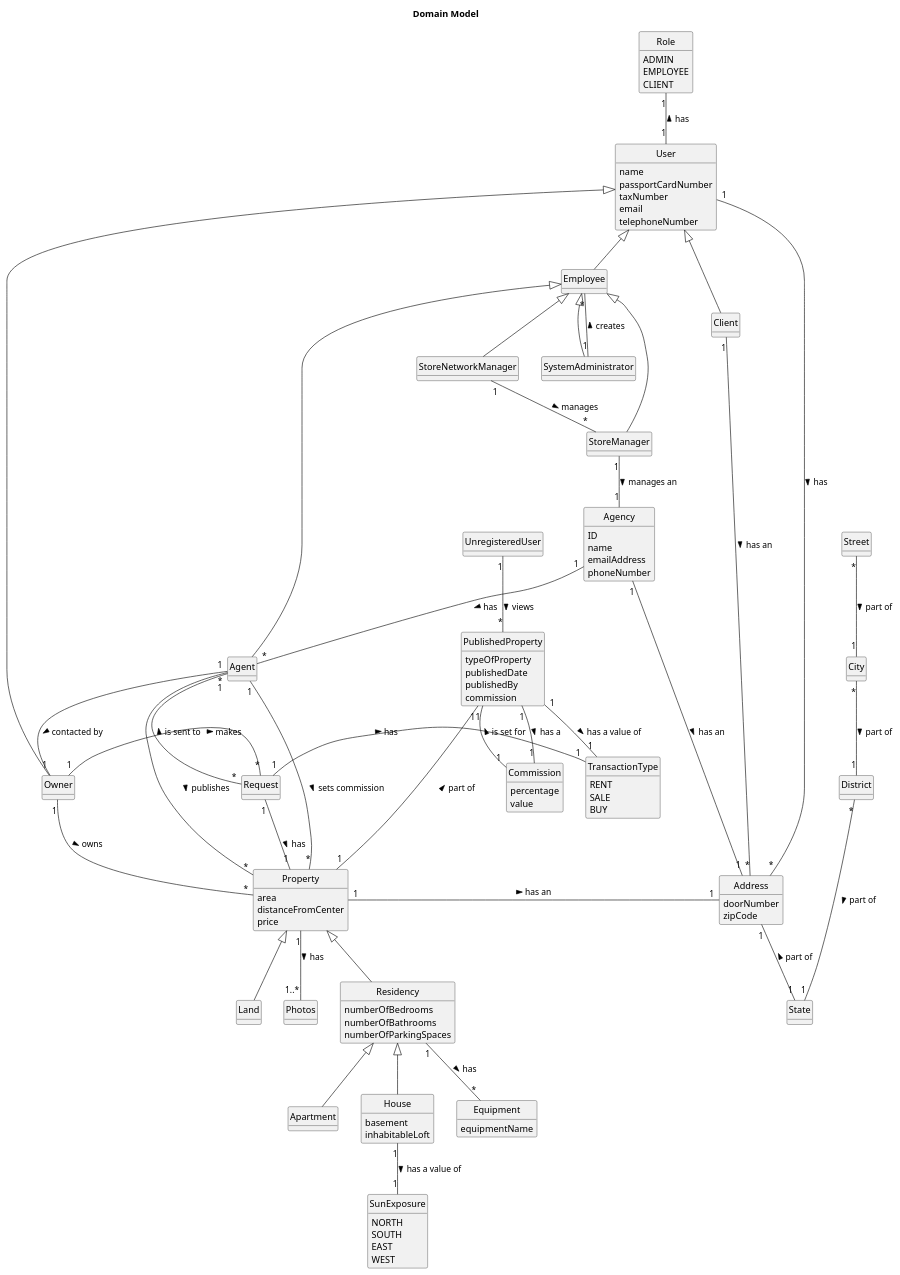
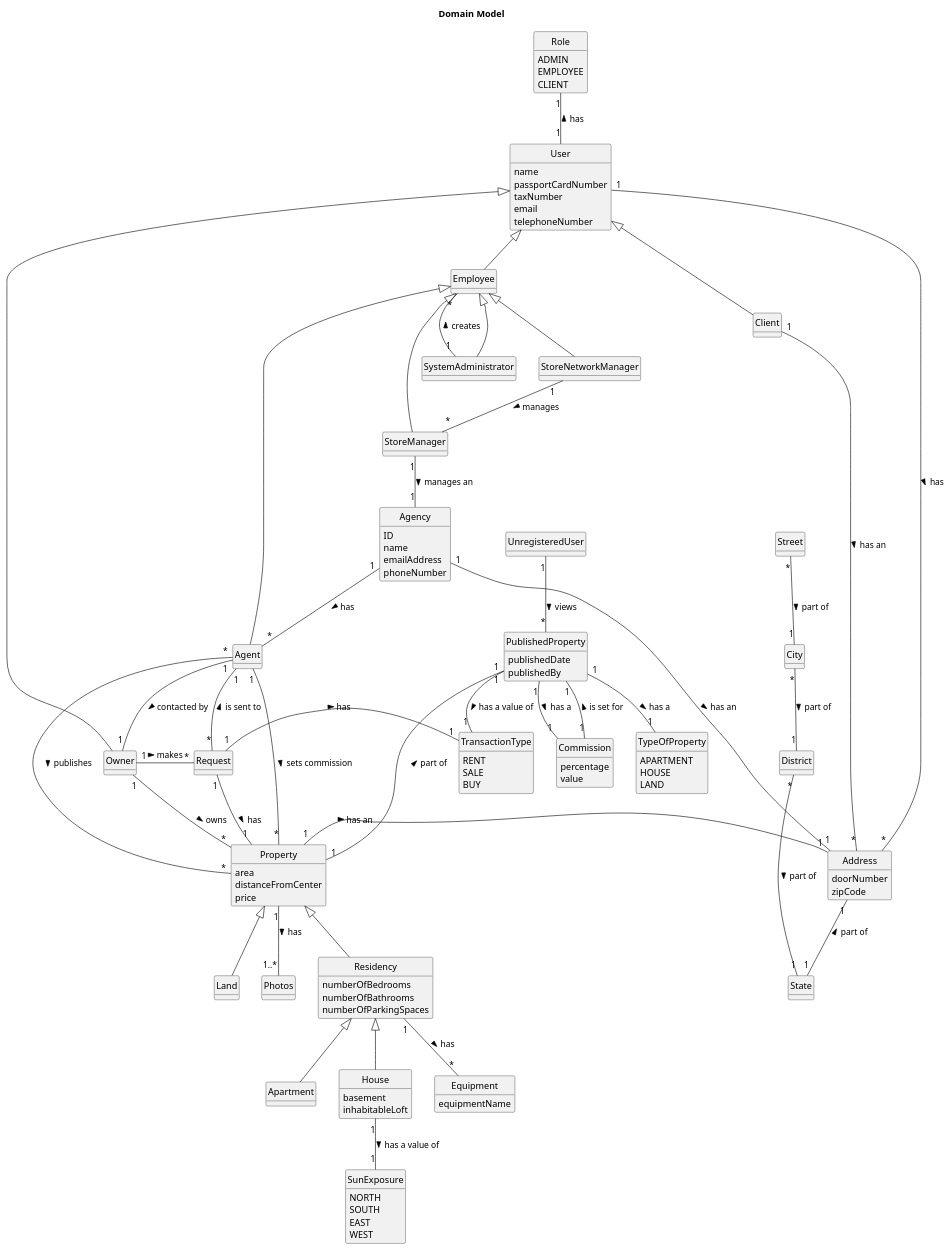
The diagram in docs/sprintB/global-artifacts/02.analysis/puml/project-domain-model.puml (Goncalves2525/real-estate-management-system), drawn with PlantUML before and after one commit. The commit also changed 21 other files, not shown here.

```diff
--- a/docs/sprintB/global-artifacts/02.analysis/puml/project-domain-model.puml
+++ b/docs/sprintB/global-artifacts/02.analysis/puml/project-domain-model.puml
@@ -1,165 +1,169 @@
 @startuml
 skinparam monochrome true
 skinparam packageStyle rectangle
 skinparam shadowing false
 skinparam classAttributeIconSize 0
 'skinparam linetype ortho
 hide circle
 hide methods
 
 title Domain Model
 
 class Client extends User{
 }
 
 class Owner extends User {
 }
 
 class Employee extends User{
 }
 
 class Agent extends Employee{
 }
 
 class User{
     name
     passportCardNumber
     taxNumber
     email
     telephoneNumber
 }
 
 class Agency{
     ID
     name
     emailAddress
     phoneNumber
 }
 
 class Property{
     area
     distanceFromCenter
     price
 }
 
 class Photos {
 }
 
 class Address{
     doorNumber
     zipCode
 }
 
 class Street{
 }
 
 class City{
 }
 
 class District{
 }
 
 class State{
 }
 
 class Apartment extends Residency{
 }
 
 class House extends Residency{
     basement
     inhabitableLoft
 }
 
 class Residency extends Property{
     numberOfBedrooms
     numberOfBathrooms
     numberOfParkingSpaces
 
 }
 
 class PublishedProperty{
-    typeOfProperty
     publishedDate
     publishedBy
-    commission
 }
 
 class Commission{
     percentage
     value
+}
+
+class TypeOfProperty{
+    APARTMENT
+    HOUSE
+    LAND
 }
 
 class Land extends Property{
 }
 
 class Equipment{
     equipmentName
 }
 
 class Role{
 ADMIN
 EMPLOYEE
 CLIENT
 }
 
 class SystemAdministrator extends Employee{
 }
 
 class StoreManager extends Employee{
 }
 
 class StoreNetworkManager extends Employee{
 }
 
 class SunExposure{
 NORTH
 SOUTH
 EAST
 WEST
 }
 
 class TransactionType{
 RENT
 SALE
 BUY
 }
 
 class UnregisteredUser{
 }
 
 class Request{
 }
 
-
+PublishedProperty "1" -- "1" TypeOfProperty: has a >
 StoreNetworkManager "1" -- "*" StoreManager: manages >
 Agency "1" -- "*" Agent: has >
 SystemAdministrator "1" -- "*" Employee: creates >
 Role "1" -- "1" User: has <
 Agent "1" -- "1" Owner : contacted by >
 Agent "*" - "*" Property: publishes >
 Agent "1" - "*" Property: sets commission >
 Owner "1" -- "*" Property: owns >
 Owner "1" - "*" Request: makes >
 Request "*" -- "1" Agent: is sent to >
 Request "1" - "1" Property: has >
 Request "1" - "1" TransactionType: has >
 Address "1" -- "1" State : part of <
 City "*" -- "1" District : part of >
 Street "*" -- "1" City : part of >
 District "*" --- "1" State : part of >
 Client "1" -- "*" Address: has an >
 Property "1" -- "1..*" Photos: has >
 PublishedProperty "1" -- "1" Commission: is set for <
 Residency "1" -- "*" Equipment: has >
 PublishedProperty "1" -- "1" Property: part of <
 User "1" -- "*" Address: has >
 Property "1" - "1" Address: has an >
 PublishedProperty "1" -- "1" Commission : has a >
 StoreManager "1" -- "1" Agency: manages an >
 House "1" -- "1" SunExposure: has a value of >
 PublishedProperty "1" -- "1" TransactionType: has a value of >
 Agency "1" -- "1" Address: has an >
 UnregisteredUser "1" -- "*" PublishedProperty: views >
 
 
 @enduml
```
